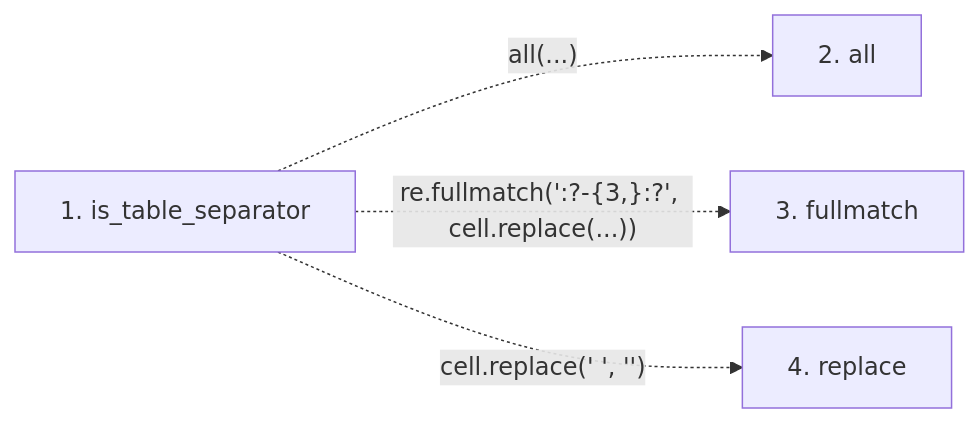
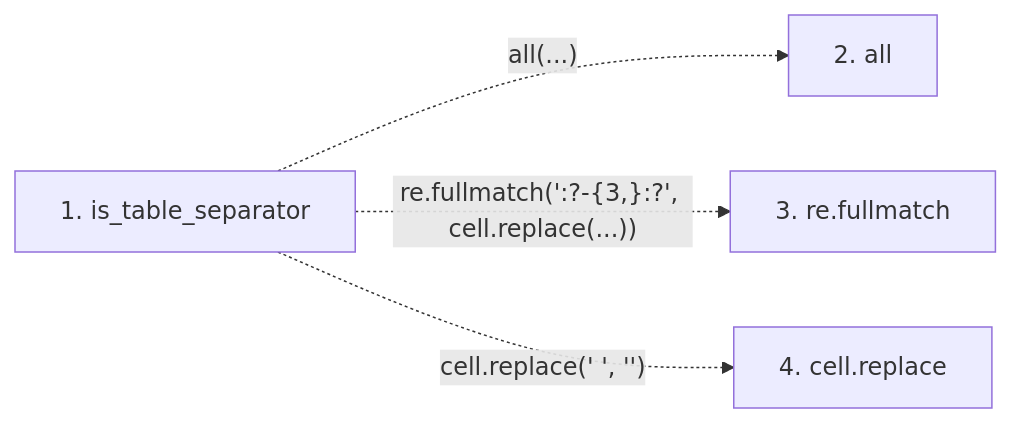
One commit to Denissvgn/python-wiki-llm changed the second of 2 diagrams in docs/llm_wiki/flows/api-is_table_separator.md. Above: the diagram before and after it, drawn with Mermaid. The commit also changed other lines of this file and 719 other files, not shown here.

````diff
--- a/docs/llm_wiki/flows/api-is_table_separator.md
+++ b/docs/llm_wiki/flows/api-is_table_separator.md
@@ -24,11 +24,11 @@
 ```mermaid
 flowchart LR
     s1["1. is_table_separator"]
     s2["2. all"]
-    s3["3. fullmatch"]
-    s4["4. replace"]
+    s3["3. re.fullmatch"]
+    s4["4. cell.replace"]
     s1 -. "all(...)" .-> s2
     s1 -. "re.fullmatch(':?-{3,}:?', cell.replace(...))" .-> s3
     s1 -. "cell.replace(' ', '')" .-> s4
     click s1 "../modules/markdown_sections.md"
 ```
````
